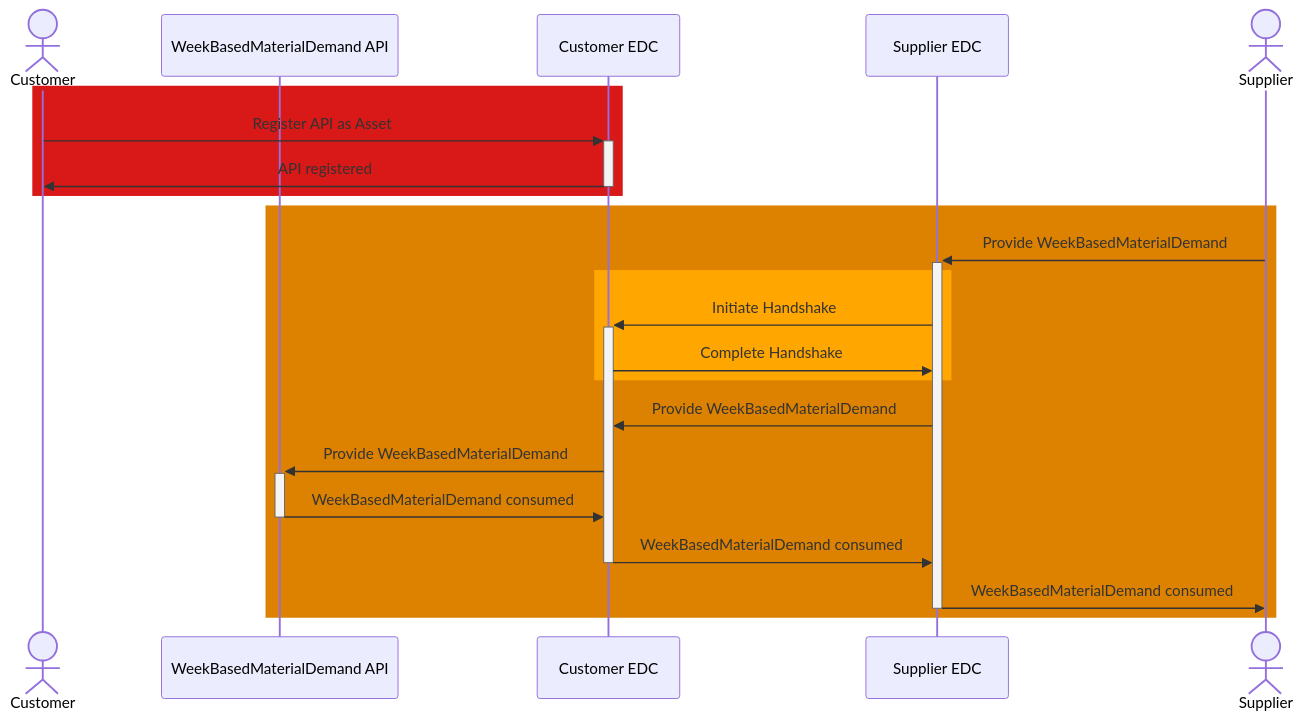
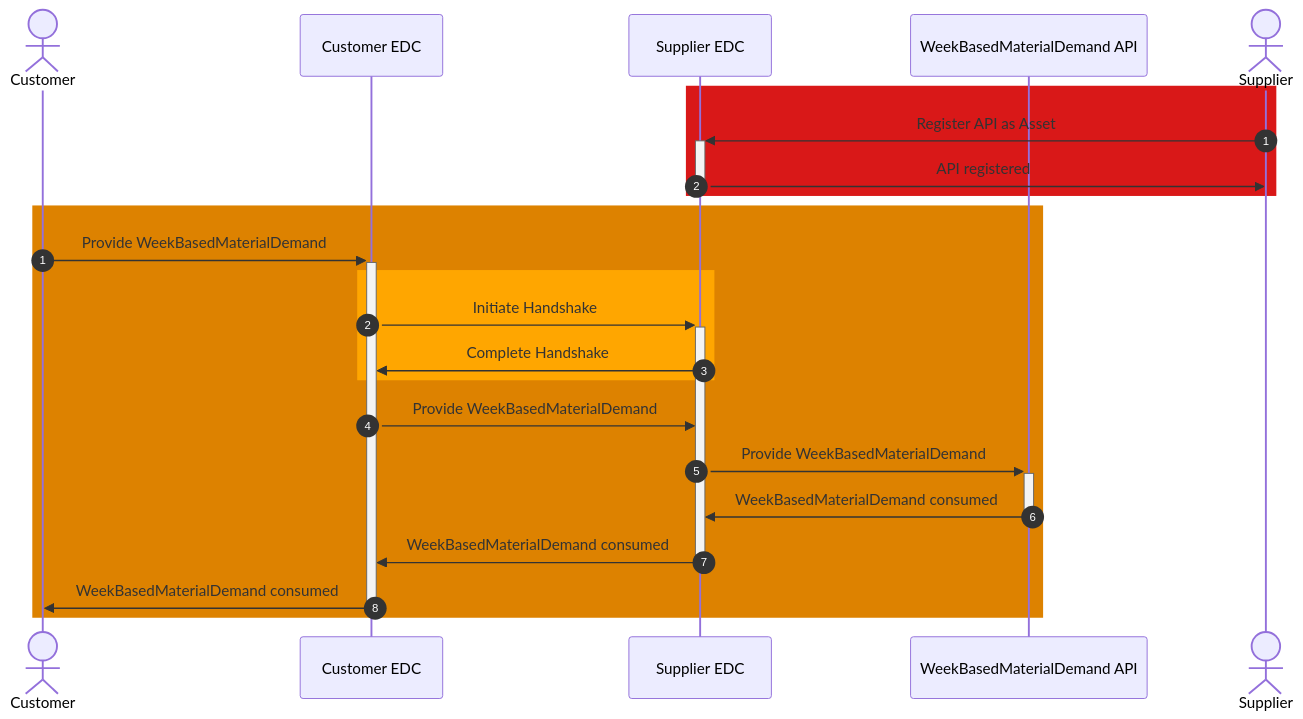
Before and after one commit to eclipse-tractusx/eclipse-tractusx.github.io: the diagram in docs-kits_versioned_docs/version-24.08/kits/demand-and-capacity-management-kit/development-view/api-material-demand.md, drawn with Mermaid. The commit also changed other lines of this file and 5 other files, not shown here.

````diff
--- a/docs-kits_versioned_docs/version-24.08/kits/demand-and-capacity-management-kit/development-view/api-material-demand.md
+++ b/docs-kits_versioned_docs/version-24.08/kits/demand-and-capacity-management-kit/development-view/api-material-demand.md
@@ -22,26 +22,28 @@
 ```mermaid
 sequenceDiagram
+autonumber
     actor c as Customer 
-    participant a as WeekBasedMaterialDemand API
     participant ce as Customer EDC
     participant se as Supplier EDC
+    participant a as WeekBasedMaterialDemand API
     actor s as Supplier
     
     rect rgb(217,24,24)
-    c->>+ce: Register API as Asset
-    ce->>-c: API registered
+        s->>+se: Register API as Asset
+        se->>-s: API registered
     end
-    rect rgb(221,130,0)
-    s->>+se: Provide WeekBasedMaterialDemand
-    rect rgb(255,166,0)
-    se->>+ce: Initiate Handshake
-    ce->>se: Complete Handshake
-    end
-    se->>ce: Provide WeekBasedMaterialDemand
-    ce->>+a: Provide WeekBasedMaterialDemand
-    a->>-ce: WeekBasedMaterialDemand consumed
-    ce->>-se: WeekBasedMaterialDemand consumed
-    se->>-s: WeekBasedMaterialDemand consumed
+autonumber 1
+    rect rgb(221,130,00)
+        c->>+ce: Provide WeekBasedMaterialDemand
+        rect rgb(255,166,0)
+        ce->>+se: Initiate Handshake
+        se->>ce: Complete Handshake
+        end
+    ce->>se: Provide WeekBasedMaterialDemand
+    se->>+a: Provide WeekBasedMaterialDemand
+    a->>-se: WeekBasedMaterialDemand consumed
+    se->>-ce: WeekBasedMaterialDemand consumed
+    ce->>-c: WeekBasedMaterialDemand consumed
     
     end
 ```
````
